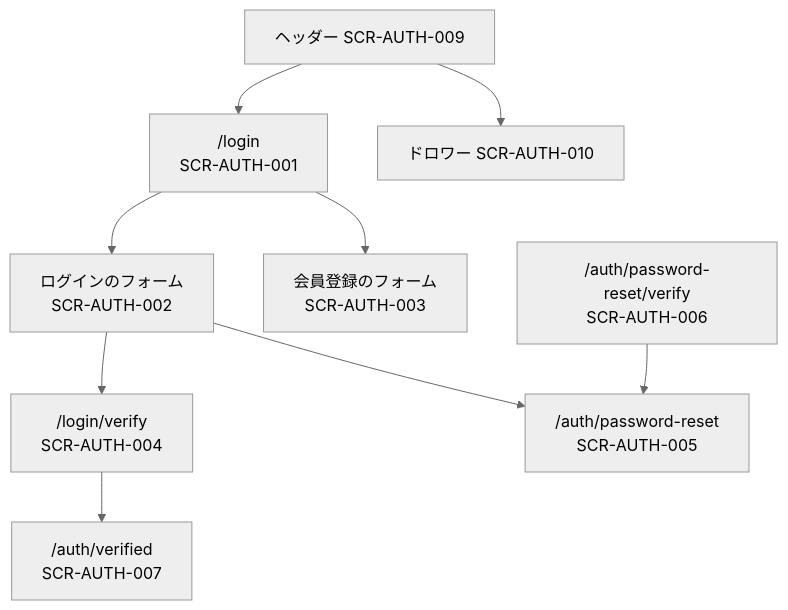
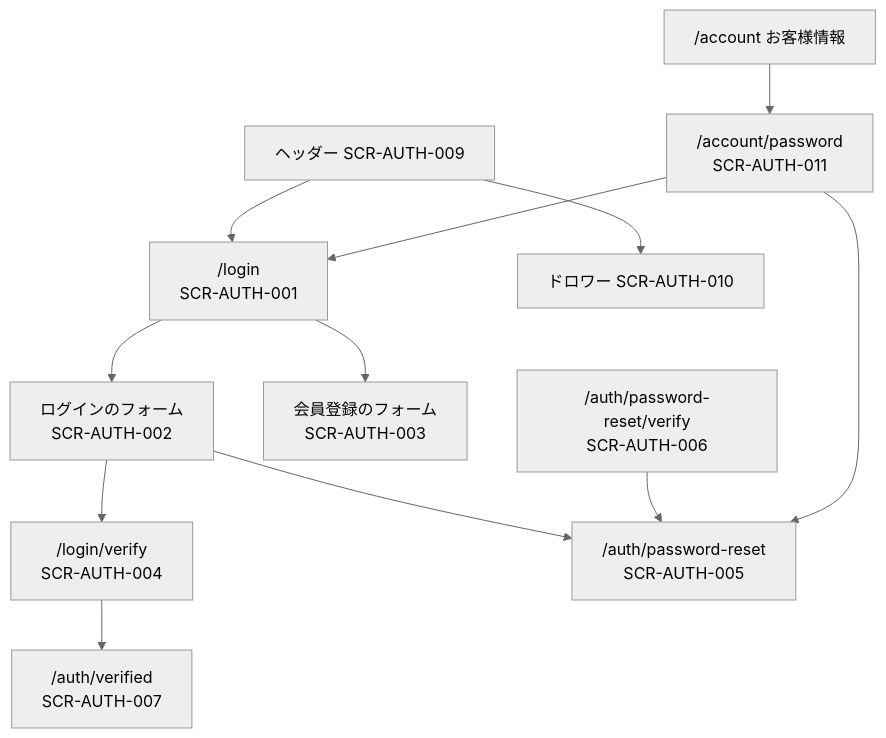
Before and after one commit to ChocoWork/o_official: the seventh of 18 diagrams in docs/03_BasicDesign/areas/auth.md, drawn with Mermaid (neutral theme). The commit also changed other lines of this file and 29 other files, not shown here.

````diff
--- a/docs/03_BasicDesign/areas/auth.md
+++ b/docs/03_BasicDesign/areas/auth.md
@@ -326,11 +330,14 @@
 ```mermaid
 graph TD
   LG["/login<br/>SCR-AUTH-001"] --> LF["ログインのフォーム<br/>SCR-AUTH-002"]
   LG --> RF["会員登録のフォーム<br/>SCR-AUTH-003"]
   LF --> VF["/login/verify<br/>SCR-AUTH-004"]
   LF --> PR["/auth/password-reset<br/>SCR-AUTH-005"]
   PV["/auth/password-reset/verify<br/>SCR-AUTH-006"] --> PR
   VF --> AV["/auth/verified<br/>SCR-AUTH-007"]
   HD["ヘッダー SCR-AUTH-009"] --> DR["ドロワー SCR-AUTH-010"]
   HD --> LG
+  AC["/account お客様情報"] --> PW["/account/password<br/>SCR-AUTH-011"]
+  PW --> PR
+  PW --> LG
 ```
````
